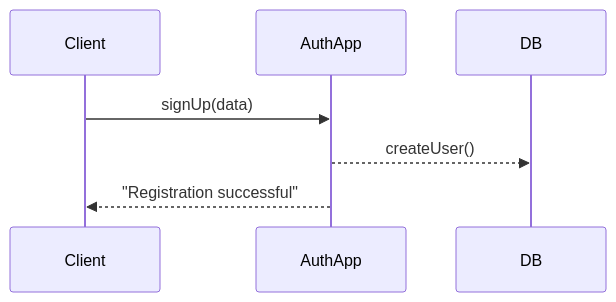
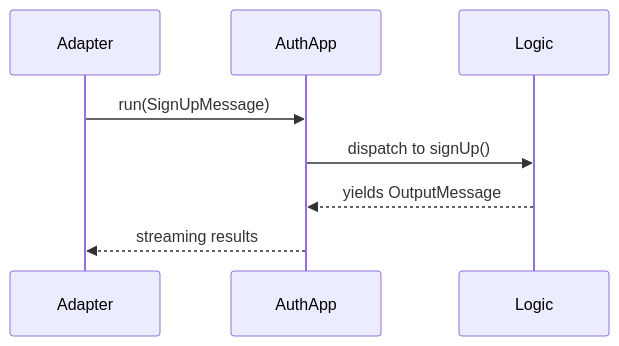
Before and after one commit to nan0web/monorepo: the second of 2 diagrams in apps/auth.app/README.md, drawn with Mermaid. The commit also changed other lines of this file and 634 other files, not shown here.

````diff
--- a/apps/auth.app/README.md
+++ b/apps/auth.app/README.md
@@ -90,6 +109,7 @@
 ```mermaid
 sequenceDiagram
-    Client->>AuthApp: signUp(data)
-    AuthApp-->>DB: createUser()
-    AuthApp-->>Client: "Registration successful"
+    Adapter->>AuthApp: run(SignUpMessage)
+    AuthApp->>Logic: dispatch to signUp()
+    Logic-->>AuthApp: yields OutputMessage
+    AuthApp-->>Adapter: streaming results
 ```
````
